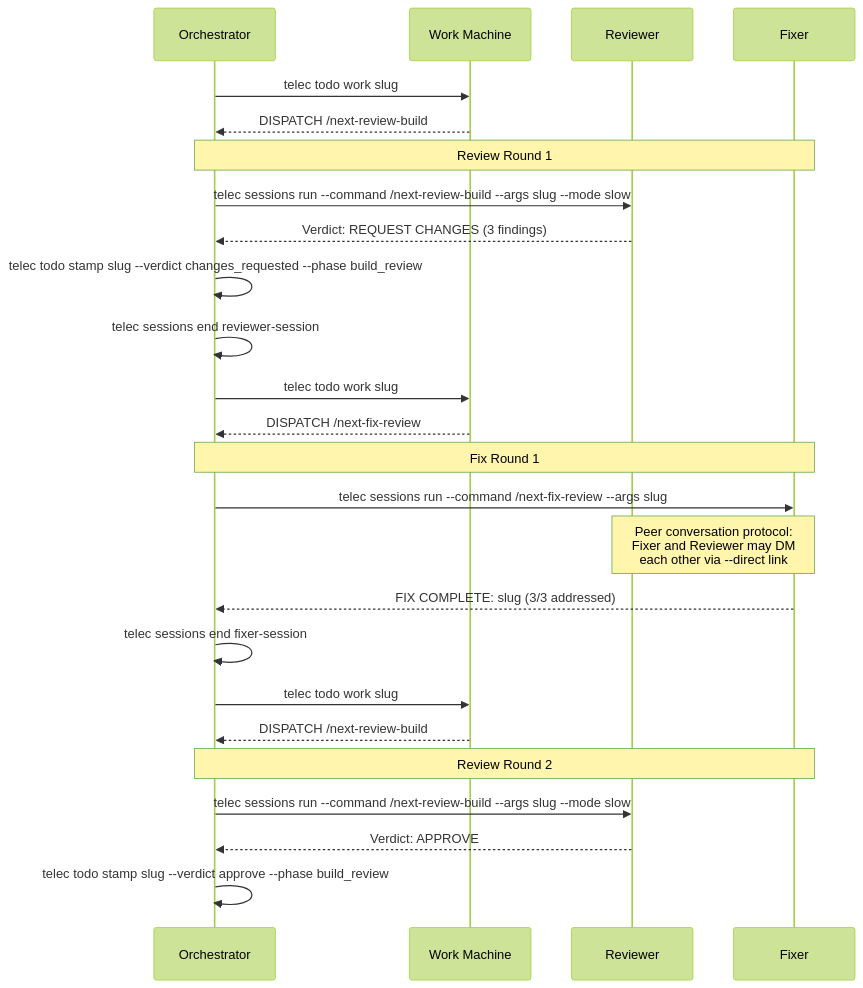
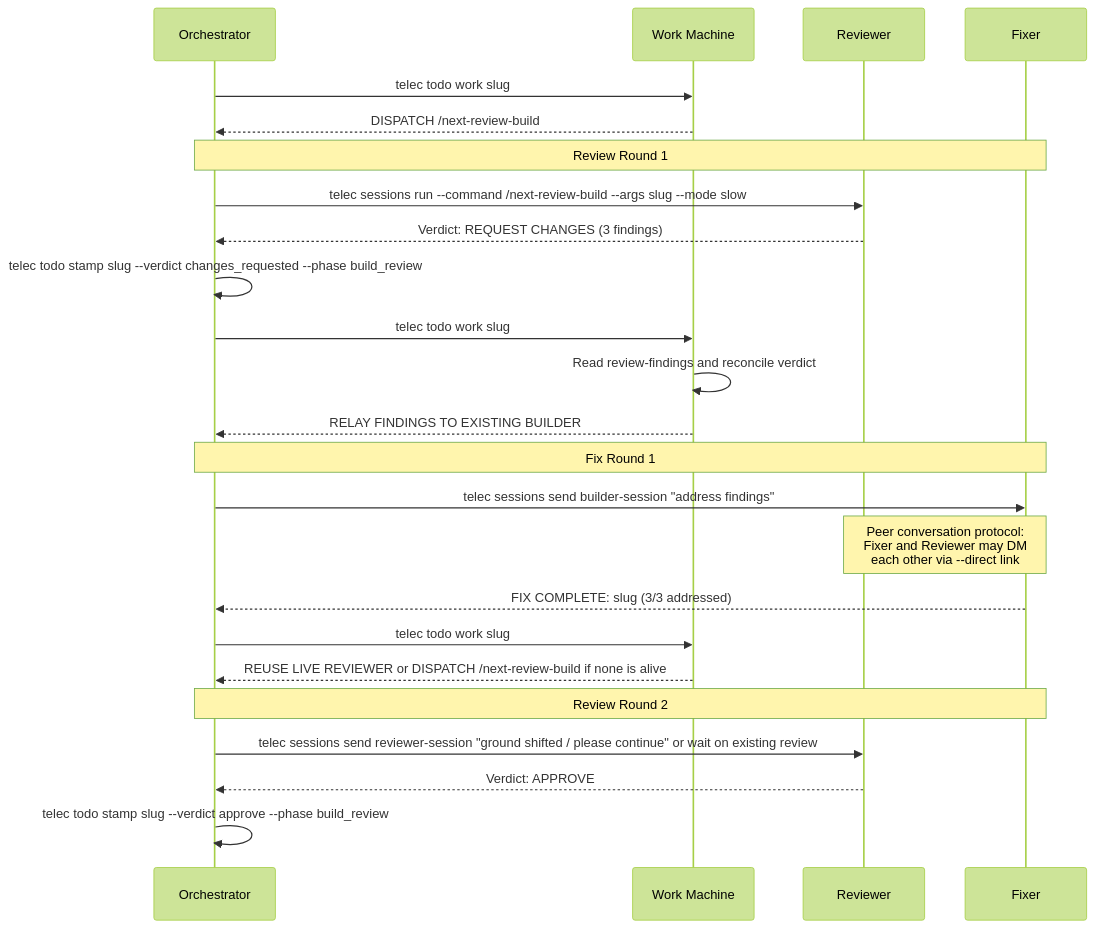
The fifth of 5 diagrams in docs/project/design/architecture/work-state-machine.md (InstruktAI/TeleClaude), drawn with Mermaid (forest theme) before and after one commit. The commit also changed other lines of this file and 15 other files, not shown here.

Commit message:
fix(next-machine): reuse live reviewer runtime across rounds

````diff
--- a/docs/project/design/architecture/work-state-machine.md
+++ b/docs/project/design/architecture/work-state-machine.md
@@ -241,33 +247,32 @@
 ```mermaid
 sequenceDiagram
     participant O as Orchestrator
     participant SM as Work Machine
     participant R as Reviewer
     participant F as Fixer
 
     O->>SM: telec todo work slug
     SM-->>O: DISPATCH /next-review-build
 
     Note over O,F: Review Round 1
     O->>R: telec sessions run --command /next-review-build --args slug --mode slow
     R-->>O: Verdict: REQUEST CHANGES (3 findings)
     O->>O: telec todo stamp slug --verdict changes_requested --phase build_review
-    O->>O: telec sessions end reviewer-session
 
     O->>SM: telec todo work slug
-    SM-->>O: DISPATCH /next-fix-review
+    SM->>SM: Read review-findings and reconcile verdict
+    SM-->>O: RELAY FINDINGS TO EXISTING BUILDER
 
     Note over O,F: Fix Round 1
-    O->>F: telec sessions run --command /next-fix-review --args slug
+    O->>F: telec sessions send builder-session "address findings"
     Note over R,F: Peer conversation protocol:<br/>Fixer and Reviewer may DM<br/>each other via --direct link
     F-->>O: FIX COMPLETE: slug (3/3 addressed)
-    O->>O: telec sessions end fixer-session
 
     O->>SM: telec todo work slug
-    SM-->>O: DISPATCH /next-review-build
+    SM-->>O: REUSE LIVE REVIEWER or DISPATCH /next-review-build if none is alive
 
     Note over O,F: Review Round 2
-    O->>R: telec sessions run --command /next-review-build --args slug --mode slow
+    O->>R: telec sessions send reviewer-session "ground shifted / please continue" or wait on existing review
     R-->>O: Verdict: APPROVE
     O->>O: telec todo stamp slug --verdict approve --phase build_review
 ```
````
